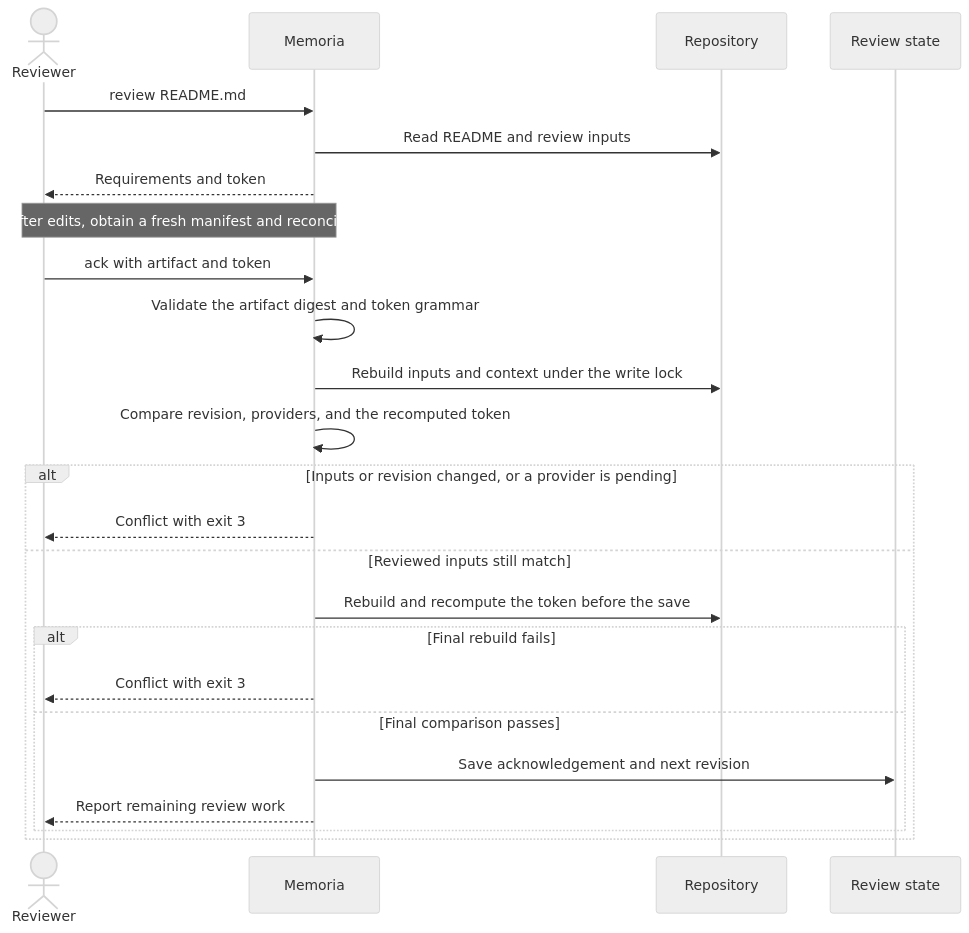
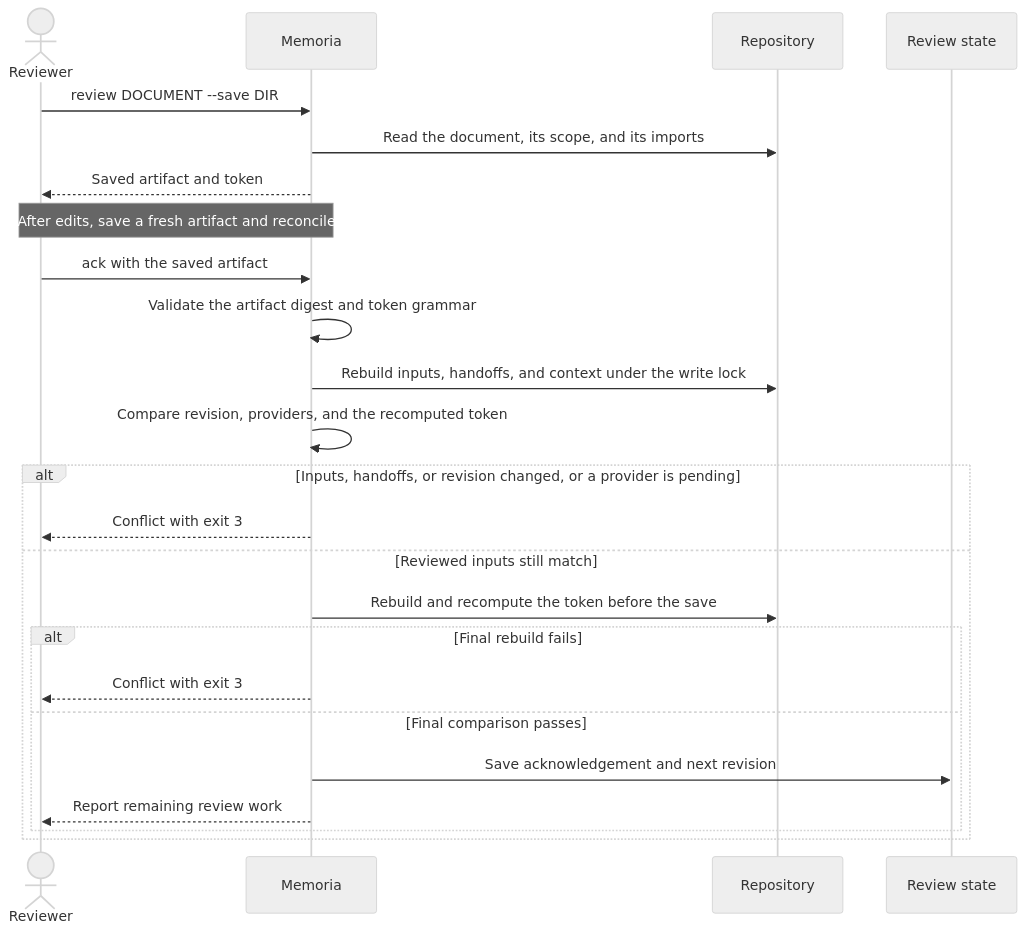
Before and after one commit to viktordanov/rs-memoria: the second of 2 diagrams in docs/workflow.md, drawn with Mermaid (neutral theme). The commit also changed other lines of this file and 203 other files, not shown here.

First line of the commit message:
feat: release Memoria 0.7.0 document scopes and handoffs

````diff
--- a/docs/workflow.md
+++ b/docs/workflow.md
@@ -295,28 +293,28 @@
 ```mermaid
 sequenceDiagram
     accTitle: Acknowledgement compares the reviewed inputs before it saves state.
     accDescr: Memoria states the review requirements. Acknowledgement rebuilds every bound component and recomputes the token. A conflict ends the command without a state save.
     actor Reviewer
     participant Memoria
     participant Repository
     participant State as Review state
-    Reviewer->>Memoria: review README.md
-    Memoria->>Repository: Read README and review inputs
-    Memoria-->>Reviewer: Requirements and token
-    Note over Reviewer,Memoria: After edits, obtain a fresh manifest and reconcile
-    Reviewer->>Memoria: ack with artifact and token
+    Reviewer->>Memoria: review DOCUMENT --save DIR
+    Memoria->>Repository: Read the document, its scope, and its imports
+    Memoria-->>Reviewer: Saved artifact and token
+    Note over Reviewer,Memoria: After edits, save a fresh artifact and reconcile
+    Reviewer->>Memoria: ack with the saved artifact
     Memoria->>Memoria: Validate the artifact digest and token grammar
-    Memoria->>Repository: Rebuild inputs and context under the write lock
+    Memoria->>Repository: Rebuild inputs, handoffs, and context under the write lock
     Memoria->>Memoria: Compare revision, providers, and the recomputed token
-    alt Inputs or revision changed, or a provider is pending
+    alt Inputs, handoffs, or revision changed, or a provider is pending
         Memoria-->>Reviewer: Conflict with exit 3
     else Reviewed inputs still match
         Memoria->>Repository: Rebuild and recompute the token before the save
         alt Final rebuild fails
             Memoria-->>Reviewer: Conflict with exit 3
         else Final comparison passes
             Memoria->>State: Save acknowledgement and next revision
             Memoria-->>Reviewer: Report remaining review work
         end
     end
 ```
````
